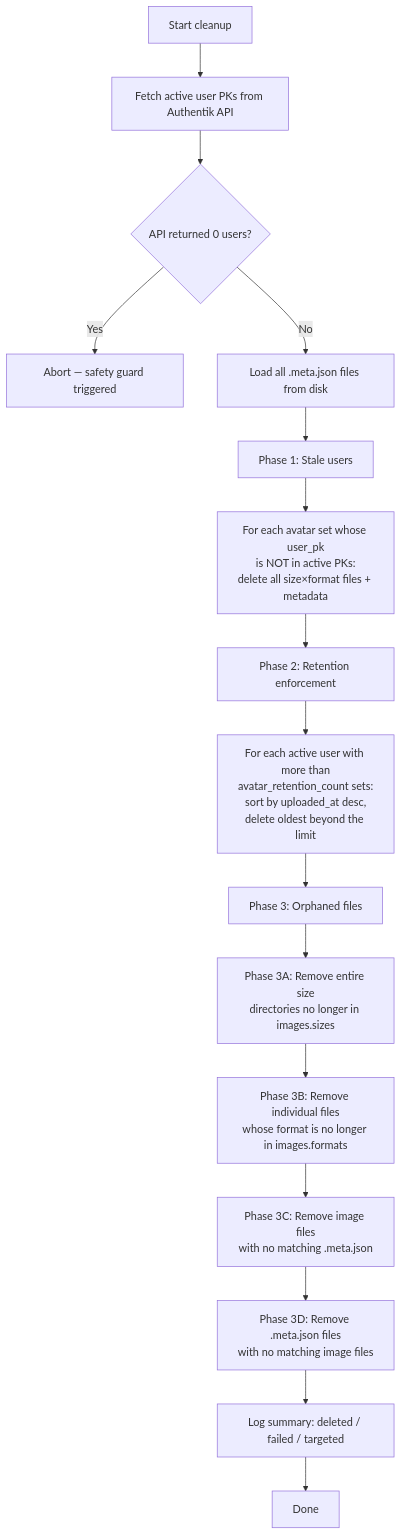
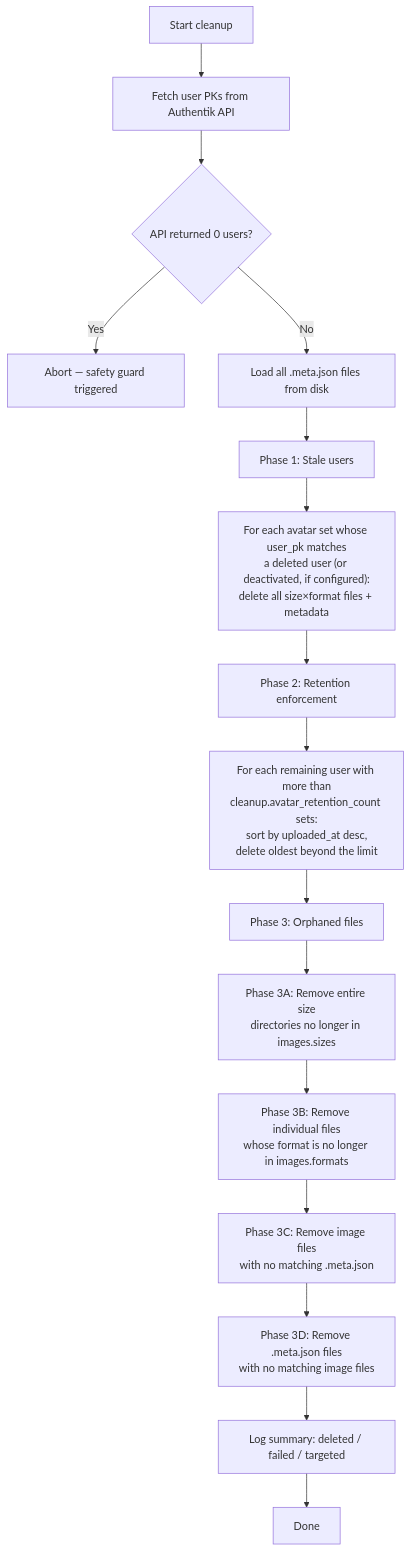
The third of 3 diagrams in docs/how-it-works.md (patschi/akvatar), drawn with Mermaid before and after one commit. The commit also changed other lines of this file and 5 other files, not shown here.

````diff
--- a/docs/how-it-works.md
+++ b/docs/how-it-works.md
@@ -323,22 +323,22 @@
 ```mermaid
 flowchart TD
-    A[Start cleanup] --> B[Fetch active user PKs from Authentik API]
+    A[Start cleanup] --> B[Fetch user PKs from Authentik API]
     B --> C{API returned 0 users?}
     C -- Yes --> ABORT[Abort — safety guard triggered]
     C -- No --> D[Load all .meta.json files from disk]
 
     D --> E[Phase 1: Stale users]
-    E --> E1["For each avatar set whose user_pk\nis NOT in active PKs:\ndelete all size×format files + metadata"]
+    E --> E1["For each avatar set whose user_pk matches\na deleted user (or deactivated, if configured):\ndelete all size×format files + metadata"]
 
     E1 --> F[Phase 2: Retention enforcement]
-    F --> F1["For each active user with more than\navatar_retention_count sets:\nsort by uploaded_at desc,\ndelete oldest beyond the limit"]
+    F --> F1["For each remaining user with more than\ncleanup.avatar_retention_count sets:\nsort by uploaded_at desc,\ndelete oldest beyond the limit"]
 
     F1 --> G[Phase 3: Orphaned files]
     G --> G1["Phase 3A: Remove entire size\ndirectories no longer in images.sizes"]
     G1 --> G2["Phase 3B: Remove individual files\nwhose format is no longer in images.formats"]
     G2 --> G3["Phase 3C: Remove image files\nwith no matching .meta.json"]
     G3 --> G4["Phase 3D: Remove .meta.json files\nwith no matching image files"]
 
     G4 --> H[Log summary: deleted / failed / targeted]
     H --> DONE[Done]
 ```
````
